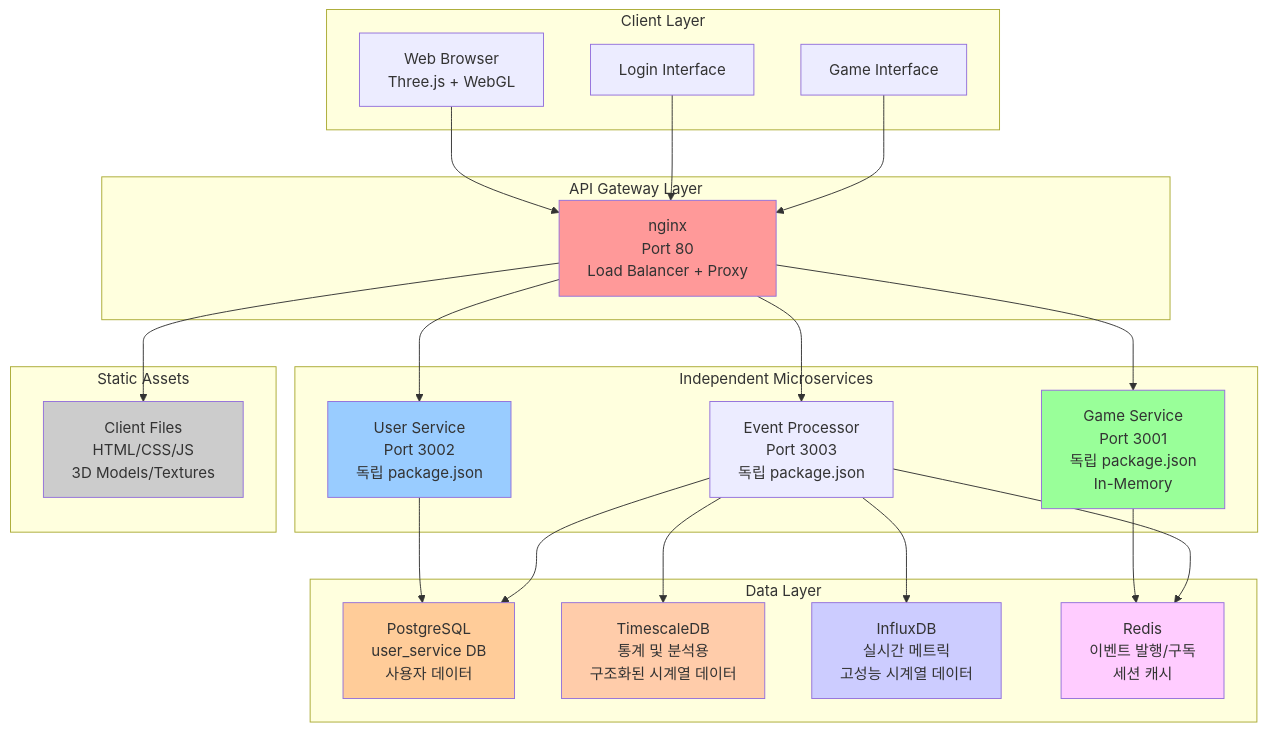
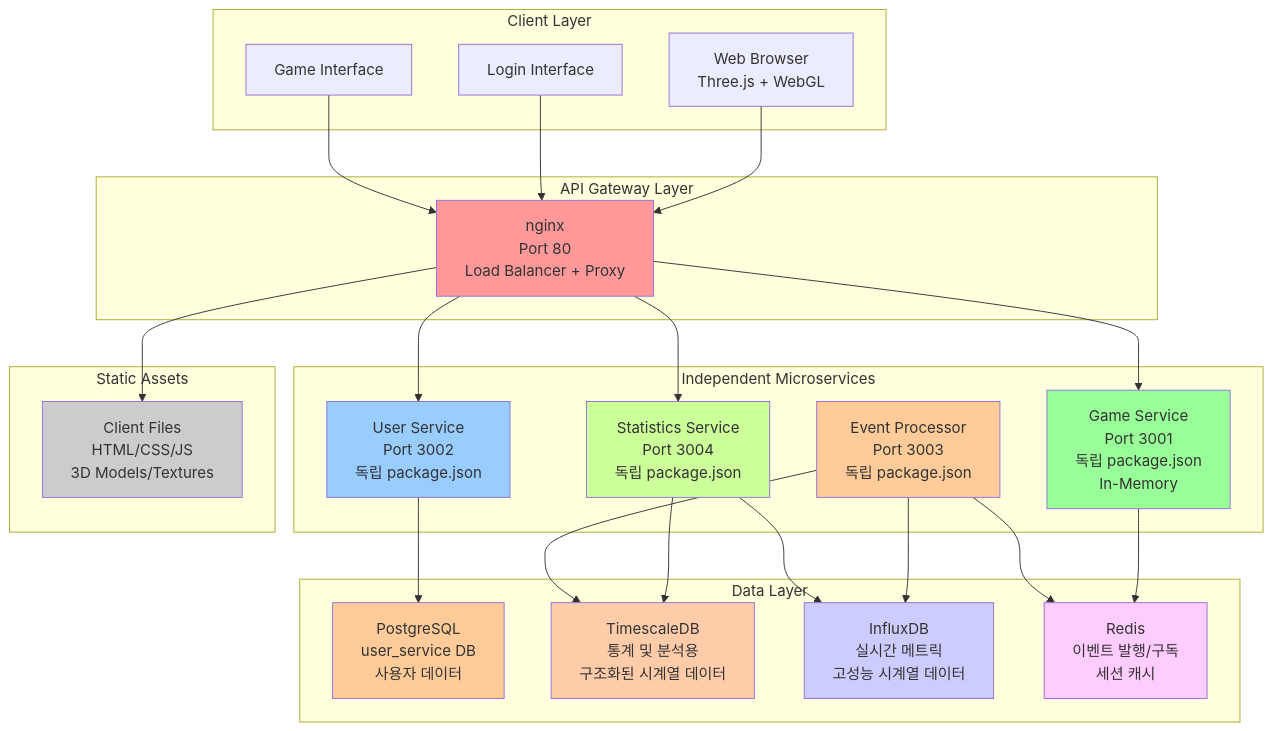
The first of 11 diagrams in ARCHITECTURE.md (tanminkwan/test2), drawn with Mermaid before and after one commit. The commit also changed other lines of this file and 1 other file, not shown here.

Commit message:
Add Statistics Service to architecture documentation and update connection flow

````diff
--- a/ARCHITECTURE.md
+++ b/ARCHITECTURE.md
@@ -30,54 +30,58 @@
 ```mermaid
 graph TB
     subgraph "Client Layer"
         A[Web Browser<br/>Three.js + WebGL]
         B[Login Interface]
         C[Game Interface]
     end
     
     subgraph "API Gateway Layer"
         D[nginx<br/>Port 80<br/>Load Balancer + Proxy]
     end
     
     subgraph "Independent Microservices"
         E[User Service<br/>Port 3002<br/>독립 package.json]
         F[Game Service<br/>Port 3001<br/>독립 package.json<br/>In-Memory]
         H[Event Processor<br/>Port 3003<br/>독립 package.json]
+        S[Statistics Service<br/>Port 3004<br/>독립 package.json]
     end
     
     subgraph "Data Layer"
         G[PostgreSQL<br/>user_service DB<br/>사용자 데이터]
         T[TimescaleDB<br/>통계 및 분석용<br/>구조화된 시계열 데이터]
         I[InfluxDB<br/>실시간 메트릭<br/>고성능 시계열 데이터]
         K[Redis<br/>이벤트 발행/구독<br/>세션 캐시]
     end
     
     subgraph "Static Assets"
         J[Client Files<br/>HTML/CSS/JS<br/>3D Models/Textures]
     end
     
     A --> D
     B --> D
     C --> D
     
     D --> E
     D --> F
-    D --> H
+    D --> S
     D --> J
     
     E --> G
     F --> K
-    H --> G
+    S --> T
     H --> T
     H --> I
     H --> K
+    S --> I
     
     style D fill:#ff9999
     style E fill:#99ccff
     style F fill:#99ff99
+    style S fill:#ccff99
+    style H fill:#ffcc99
     style G fill:#ffcc99
     style T fill:#ffccaa
     style I fill:#ccccff
     style J fill:#cccccc
     style K fill:#ffccff
 ```
````
